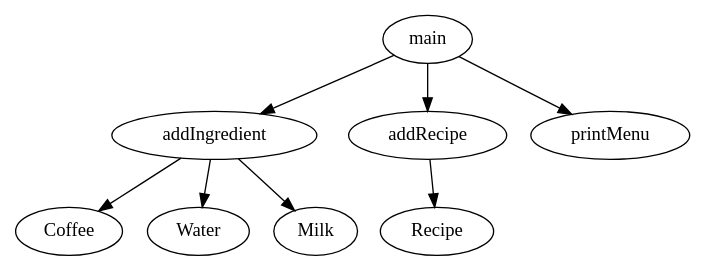
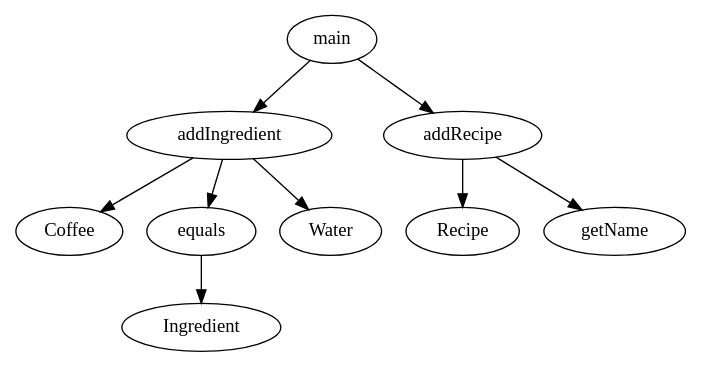
The diagram in Cafe.dot (ruizhengu/CausalGrading), drawn with Graphviz before and after one commit. The commit also changed 3 other files, not shown here.

Commit message:
recursively generate graph

```diff
--- a/Cafe.dot
+++ b/Cafe.dot
@@ -1,17 +1,19 @@
 digraph Cafe {
 IDmain [label="main"];
 IDaddIngredient [label="addIngredient"];
 IDCoffee [label="Coffee"];
+IDequals [label="equals"];
+IDIngredient [label="Ingredient"];
 IDWater [label="Water"];
 IDaddRecipe [label="addRecipe"];
 IDRecipe [label="Recipe"];
-IDMilk [label="Milk"];
-IDprintMenu [label="printMenu"];
+IDgetName [label="getName"];
 IDmain -> IDaddIngredient;
 IDmain -> IDaddRecipe;
-IDmain -> IDprintMenu;
 IDaddIngredient -> IDCoffee;
+IDaddIngredient -> IDequals;
 IDaddIngredient -> IDWater;
-IDaddIngredient -> IDMilk;
+IDequals -> IDIngredient;
 IDaddRecipe -> IDRecipe;
+IDaddRecipe -> IDgetName;
 }
```
